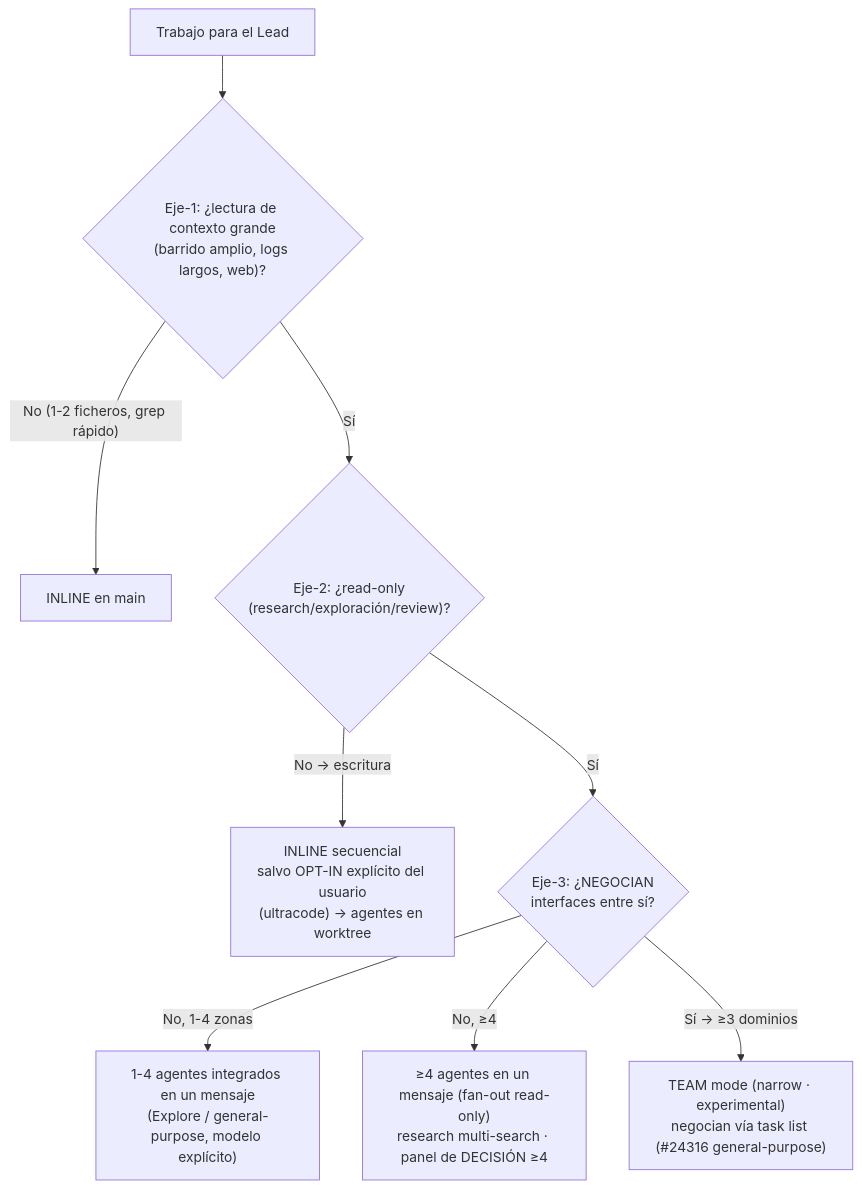
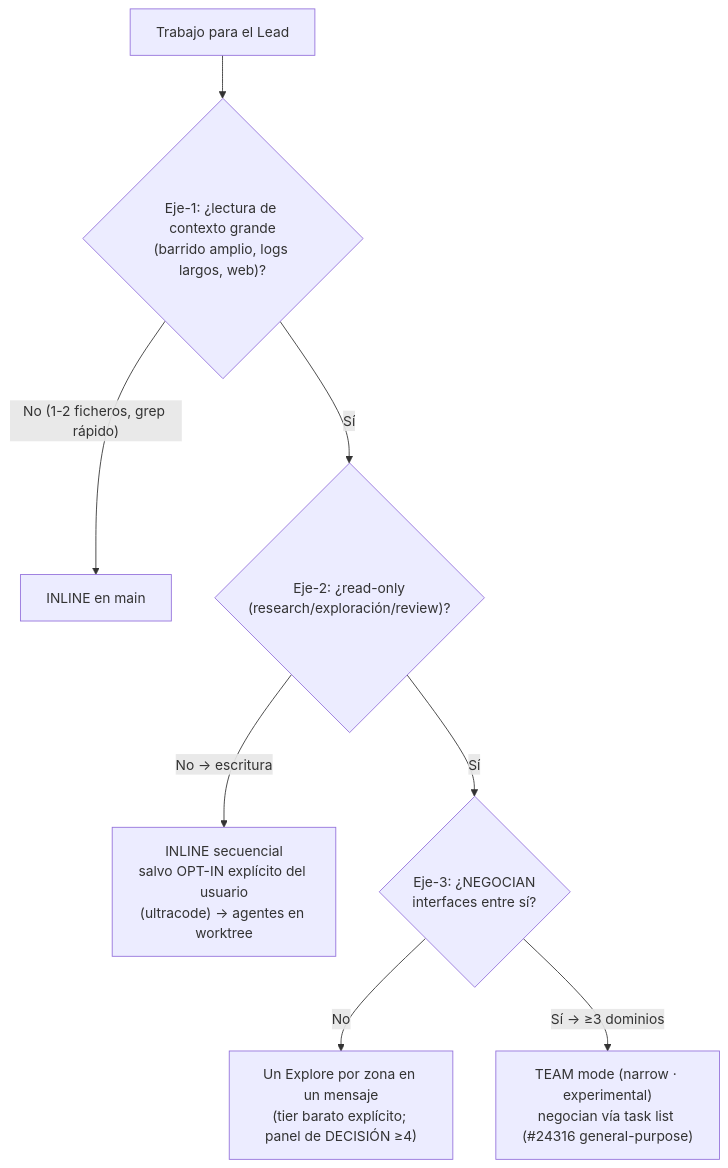
Before and after one commit to MaciWP/poneglyph: the diagram in .claude/skills/agent-routing/references/10-spawn-decision-tree-diagram.md, drawn with Mermaid. The commit also changed other lines of this file and 13 other files, not shown here.

First line of the commit message:
feat(routing): hand reads to Explore on the cheapest tier

````diff
--- a/.claude/skills/agent-routing/references/10-spawn-decision-tree-diagram.md
+++ b/.claude/skills/agent-routing/references/10-spawn-decision-tree-diagram.md
@@ -16,11 +16,10 @@
 ```mermaid
 graph TD
   START["Trabajo para el Lead"] --> BIG{"Eje-1: ¿lectura de contexto grande<br/>(barrido amplio, logs largos, web)?"}
   BIG -->|"No (1-2 ficheros, grep rápido)"| INLINE["INLINE en main"]
   BIG -->|"Sí"| RO{"Eje-2: ¿read-only<br/>(research/exploración/review)?"}
   RO -->|"No → escritura"| OPTIN["INLINE secuencial<br/>salvo OPT-IN explícito del usuario<br/>(ultracode) → agentes en worktree"]
   RO -->|"Sí"| NAT{"Eje-3: ¿NEGOCIAN<br/>interfaces entre sí?"}
-  NAT -->|"No, 1-4 zonas"| AG["1-4 agentes integrados en un mensaje<br/>(Explore / general-purpose, modelo explícito)"]
-  NAT -->|"No, ≥4"| WF["≥4 agentes en un mensaje (fan-out read-only)<br/>research multi-search · panel de DECISIÓN ≥4"]
+  NAT -->|"No"| AG["Un Explore por zona en un mensaje<br/>(tier barato explícito; panel de DECISIÓN ≥4)"]
   NAT -->|"Sí → ≥3 dominios"| TEAM["TEAM mode (narrow · experimental)<br/>negocian vía task list (#24316 general-purpose)"]
 ```
````
